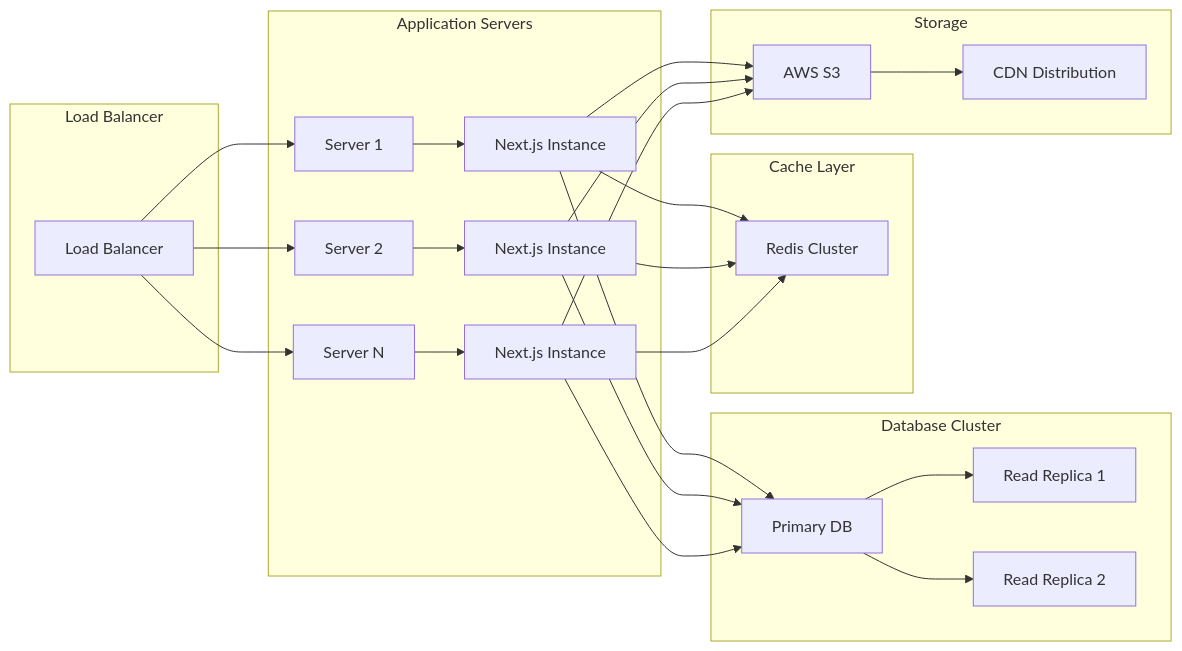
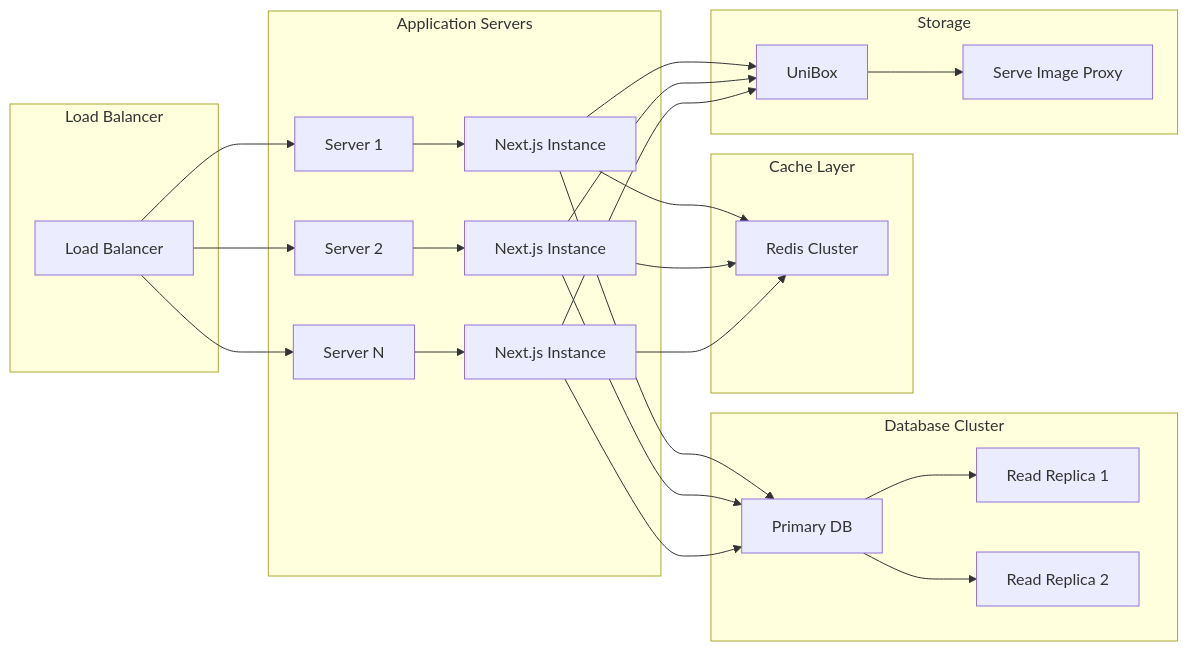
Before and after one commit to poojaroonwit/narinyland: the sixth of 6 diagrams in ARCHITECTURE.md, drawn with Mermaid. The commit also changed other lines of this file and 14 other files, not shown here.

````diff
--- a/ARCHITECTURE.md
+++ b/ARCHITECTURE.md
@@ -394,38 +394,38 @@
 ```mermaid
 graph LR
     subgraph "Load Balancer"
         A[Load Balancer]
     end
     
     subgraph "Application Servers"
         B[Server 1] --> D[Next.js Instance]
         C[Server 2] --> E[Next.js Instance]
         F[Server N] --> G[Next.js Instance]
     end
     
     subgraph "Database Cluster"
         H[Primary DB] --> I[Read Replica 1]
         H --> J[Read Replica 2]
     end
     
     subgraph "Cache Layer"
         K[Redis Cluster]
     end
     
     subgraph "Storage"
-        L[AWS S3] --> M[CDN Distribution]
+        L[UniBox] --> M[Serve Image Proxy]
     end
     
     A --> B
     A --> C
     A --> F
     D --> H
     E --> H
     G --> H
     D --> K
     E --> K
     G --> K
     D --> L
     E --> L
     G --> L
 ```
````
